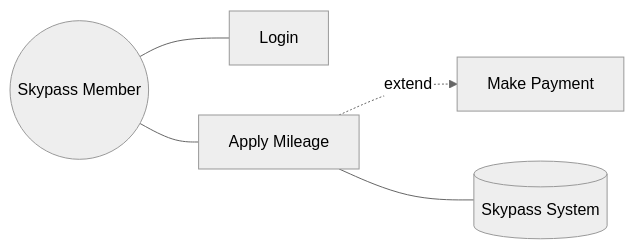
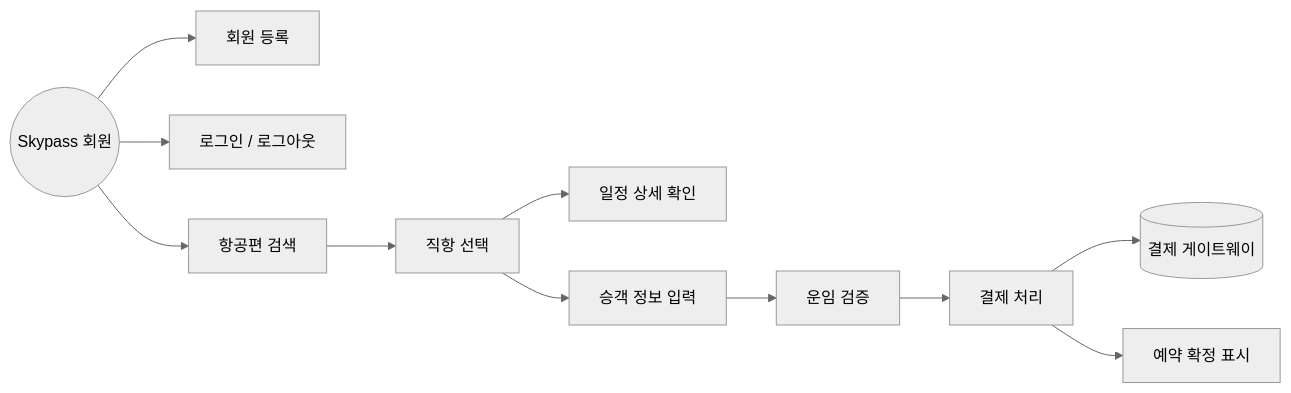
One commit to HANDONGLJH/KoreanAirReservationDomain changed the third of 7 diagrams in docs/proposal-0/proposal-0-feature-inventory-ko.md. Above: the diagram before and after it, drawn with Mermaid (neutral theme). The commit also changed other lines of this file, not shown here.

Commit message:
docs(proposal-0/ko): scope UML diagrams to iteration 1

````diff
--- a/docs/proposal-0/proposal-0-feature-inventory-ko.md
+++ b/docs/proposal-0/proposal-0-feature-inventory-ko.md
@@ -368,13 +313,25 @@
 ```mermaid
 flowchart LR
-    Member((Skypass Member))
-    Login[Login]
-    Apply[Apply Mileage]
-    Pay[Make Payment]
-    Skypass[(Skypass System)]
+    Member((Skypass 회원))
+    Register[회원 등록]
+    Login[로그인 / 로그아웃]
+    Search[항공편 검색]
+    Select[직항 선택]
+    Detail[일정 상세 확인]
+    PassengerInfo[승객 정보 입력]
+    Fare[운임 검증]
+    Pay[결제 처리]
+    Confirm[예약 확정 표시]
+    Payment[(결제 게이트웨이)]
 
-    Member --- Login
-    Member --- Apply
-    Apply -. extend .-> Pay
-    Apply --- Skypass
+    Member --> Register
+    Member --> Login
+    Member --> Search
+    Search --> Select
+    Select --> Detail
+    Select --> PassengerInfo
+    PassengerInfo --> Fare
+    Fare --> Pay
+    Pay --> Payment
+    Pay --> Confirm
 ```
````
